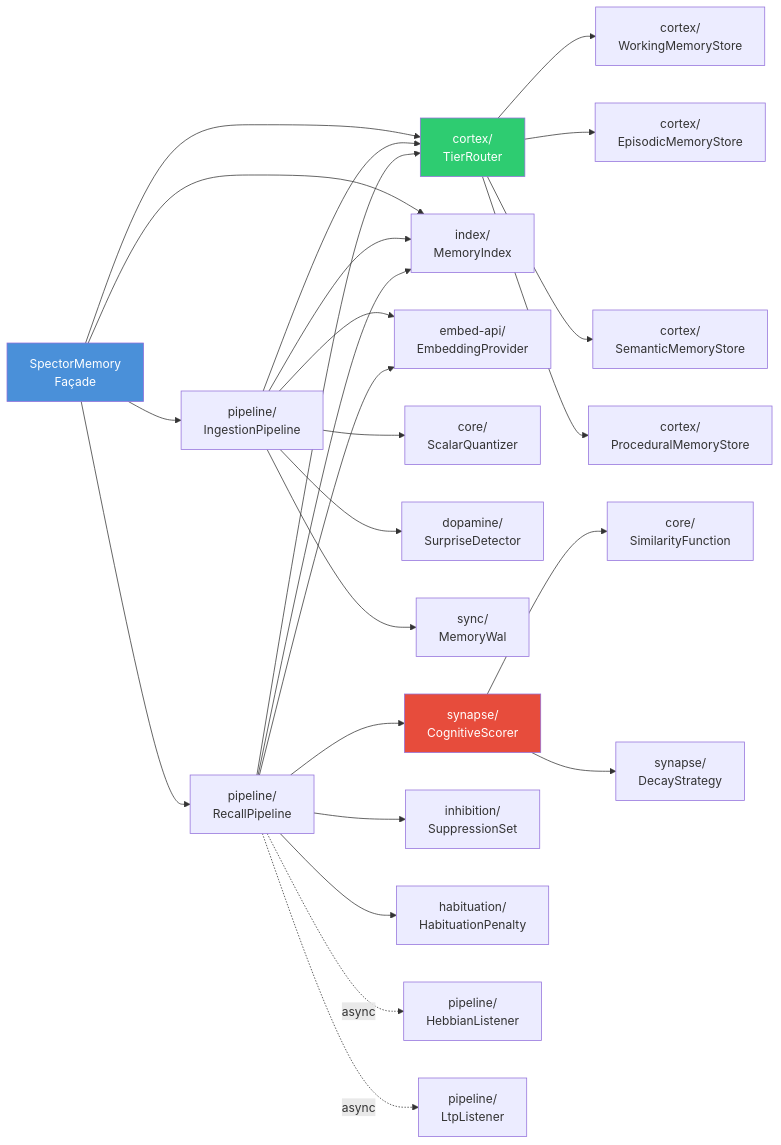
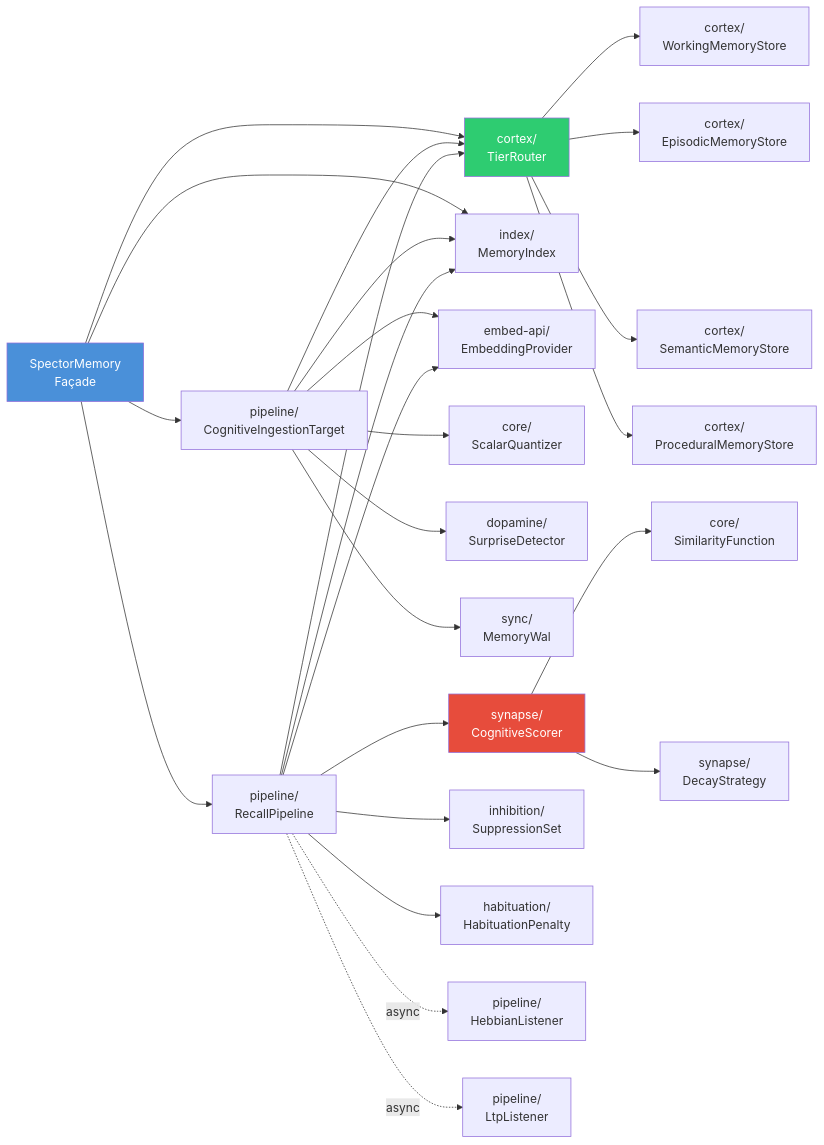
One commit to spectrayan/spector changed the third of 3 diagrams in docs/docs/memory/architecture.md. Above: the diagram before and after it, drawn with Mermaid. The commit also changed other lines of this file and 8 other files, not shown here.

Commit message:
docs: update architecture docs for memory module and ingestion pipeline

````diff
--- a/docs/docs/memory/architecture.md
+++ b/docs/docs/memory/architecture.md
@@ -140,36 +147,36 @@
 ```mermaid
 graph LR
-    SM[SpectorMemory<br/>Façade] --> IP[pipeline/<br/>IngestionPipeline]
+    SM[SpectorMemory<br/>Façade] --> CT[pipeline/<br/>CognitiveIngestionTarget]
     SM --> RP[pipeline/<br/>RecallPipeline]
     SM --> TR[cortex/<br/>TierRouter]
     SM --> MI[index/<br/>MemoryIndex]
     
-    IP --> EP[embed-api/<br/>EmbeddingProvider]
-    IP --> SQ[core/<br/>ScalarQuantizer]
-    IP --> SD[dopamine/<br/>SurpriseDetector]
-    IP --> TR
-    IP --> MI
-    IP --> WAL[sync/<br/>MemoryWal]
+    CT --> EP[embed-api/<br/>EmbeddingProvider]
+    CT --> SQ[core/<br/>ScalarQuantizer]
+    CT --> SD[dopamine/<br/>SurpriseDetector]
+    CT --> TR
+    CT --> MI
+    CT --> WAL[sync/<br/>MemoryWal]
     
     RP --> EP
     RP --> CS[synapse/<br/>CognitiveScorer]
     RP --> TR
     RP --> MI
     RP --> SS[inhibition/<br/>SuppressionSet]
     RP --> HP[habituation/<br/>HabituationPenalty]
     
     CS --> SF[core/<br/>SimilarityFunction]
     CS --> DS[synapse/<br/>DecayStrategy]
     
     TR --> WM[cortex/<br/>WorkingMemoryStore]
     TR --> EM[cortex/<br/>EpisodicMemoryStore]
     TR --> SE[cortex/<br/>SemanticMemoryStore]
     TR --> PR[cortex/<br/>ProceduralMemoryStore]
     
     RP -.->|async| HL[pipeline/<br/>HebbianListener]
     RP -.->|async| LL[pipeline/<br/>LtpListener]
     
     style SM fill:#4a90d9,color:white
     style CS fill:#e74c3c,color:white
     style TR fill:#2ecc71,color:white
 ```
````
